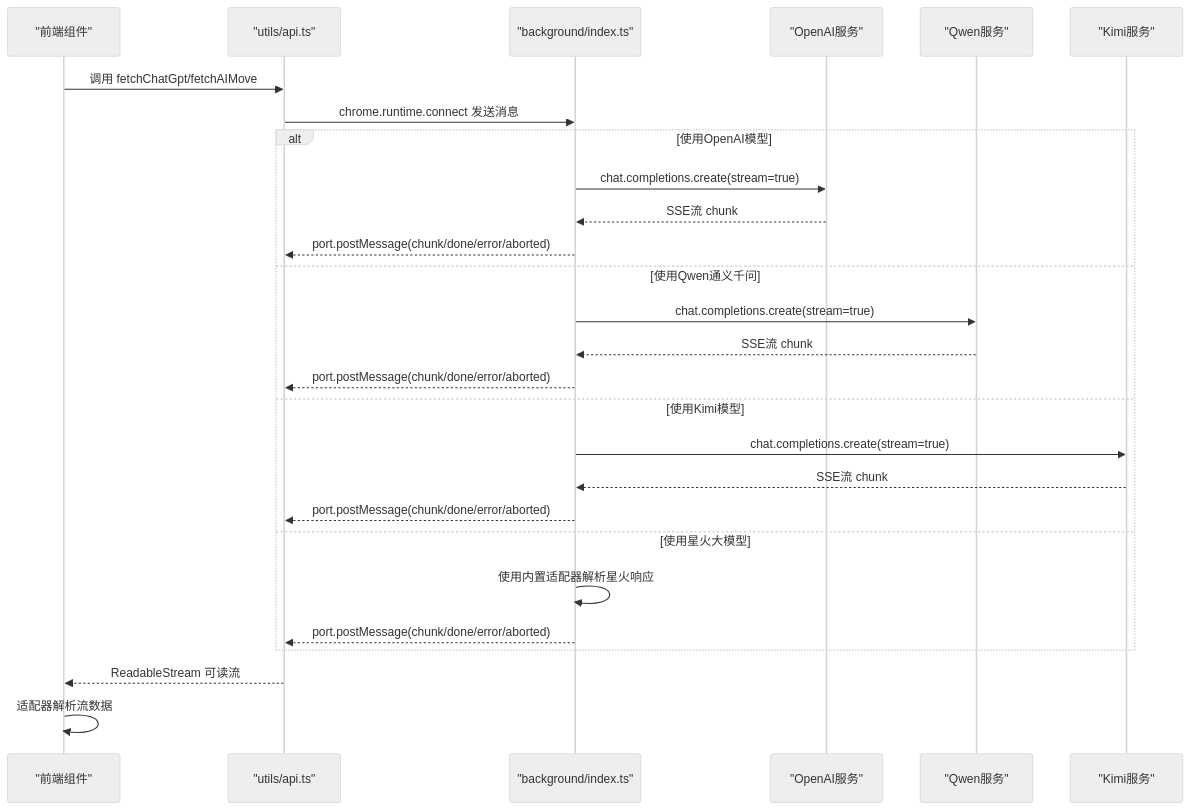
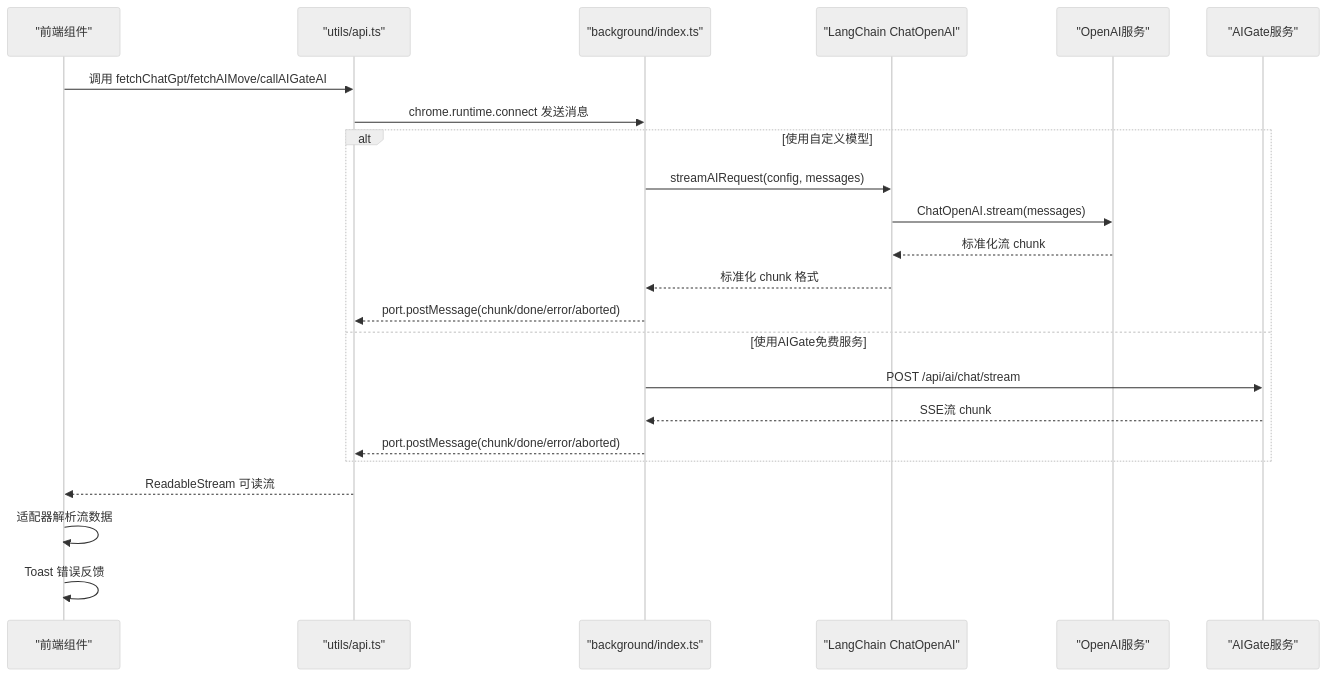
Before and after one commit to RadiumAg/bilibili-favorites: the second of 6 diagrams in .qoder/repowiki/zh/content/API参考文档/AI服务API.md, drawn with Mermaid (neutral theme). The commit also changed other lines of this file and 21 other files, not shown here.

````diff
--- a/.qoder/repowiki/zh/content/API参考文档/AI服务API.md
+++ b/.qoder/repowiki/zh/content/API参考文档/AI服务API.md
@@ -161,29 +167,25 @@
 ```mermaid
 sequenceDiagram
 participant UI as "前端组件"
 participant API as "utils/api.ts"
 participant BG as "background/index.ts"
+participant LC as "LangChain ChatOpenAI"
 participant OA as "OpenAI服务"
-participant QW as "Qwen服务"
-participant KM as "Kimi服务"
-UI->>API : 调用 fetchChatGpt/fetchAIMove
+participant AG as "AIGate服务"
+UI->>API : 调用 fetchChatGpt/fetchAIMove/callAIGateAI
 API->>BG : chrome.runtime.connect 发送消息
-alt 使用OpenAI模型
-BG->>OA : chat.completions.create(stream=true)
-OA-->>BG : SSE流 chunk
+alt 使用自定义模型
+BG->>LC : streamAIRequest(config, messages)
+LC->>OA : ChatOpenAI.stream(messages)
+OA-->>LC : 标准化流 chunk
+LC-->>BG : 标准化 chunk 格式
 BG-->>API : port.postMessage(chunk/done/error/aborted)
-else 使用Qwen通义千问
-BG->>QW : chat.completions.create(stream=true)
-QW-->>BG : SSE流 chunk
-BG-->>API : port.postMessage(chunk/done/error/aborted)
-else 使用Kimi模型
-BG->>KM : chat.completions.create(stream=true)
-KM-->>BG : SSE流 chunk
-BG-->>API : port.postMessage(chunk/done/error/aborted)
-else 使用星火大模型
-BG->>BG : 使用内置适配器解析星火响应
+else 使用AIGate免费服务
+BG->>AG : POST /api/ai/chat/stream
+AG-->>BG : SSE流 chunk
 BG-->>API : port.postMessage(chunk/done/error/aborted)
 end
 API-->>UI : ReadableStream 可读流
 UI->>UI : 适配器解析流数据
+UI->>UI : Toast 错误反馈
 ```
````
